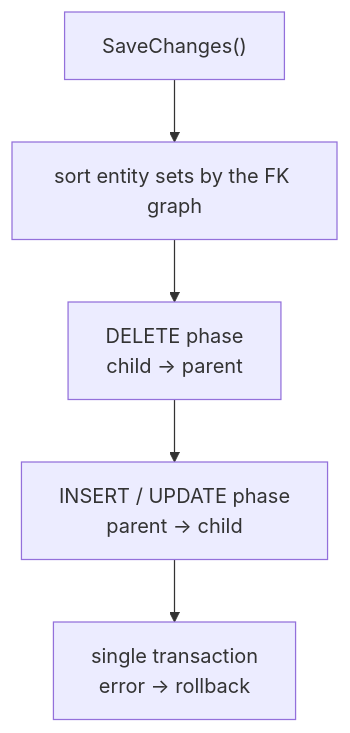
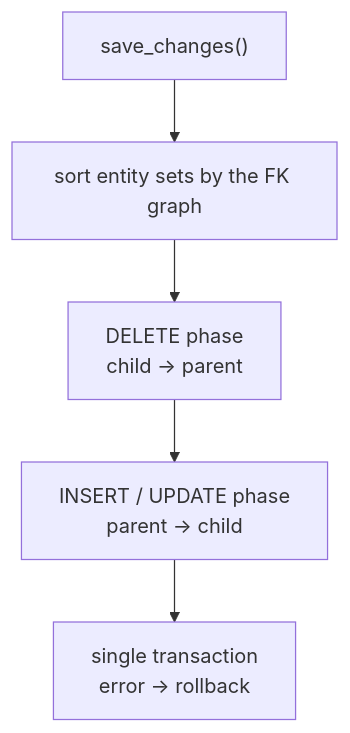
The third of 3 diagrams in README.md (leth4lweap0n/entityfy), drawn with Mermaid before and after one commit. The commit also changed other lines of this file and 7 other files, not shown here.

````diff
--- a/README.md
+++ b/README.md
@@ -161,7 +161,7 @@
 ```mermaid
 flowchart TD
-    start["SaveChanges()"] --> order["sort entity sets by the FK graph"]
+    start["save_changes()"] --> order["sort entity sets by the FK graph"]
     order --> del["DELETE phase<br/>child → parent"]
     del --> write["INSERT / UPDATE phase<br/>parent → child"]
     write --> commit["single transaction<br/>error → rollback"]
 ```
````
